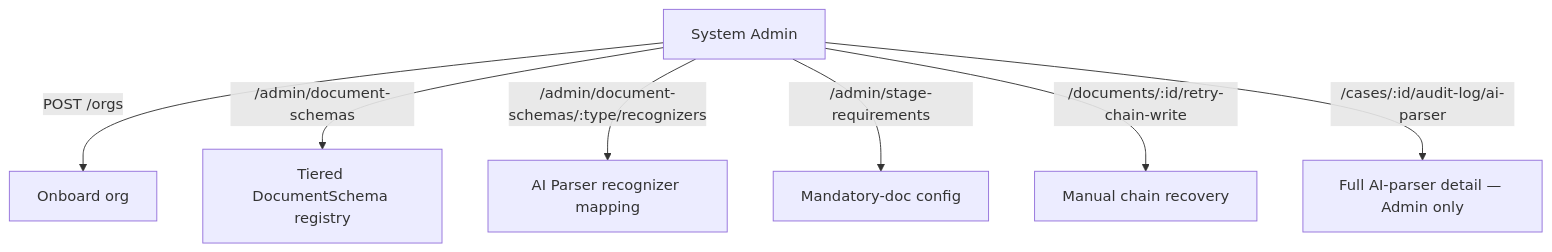
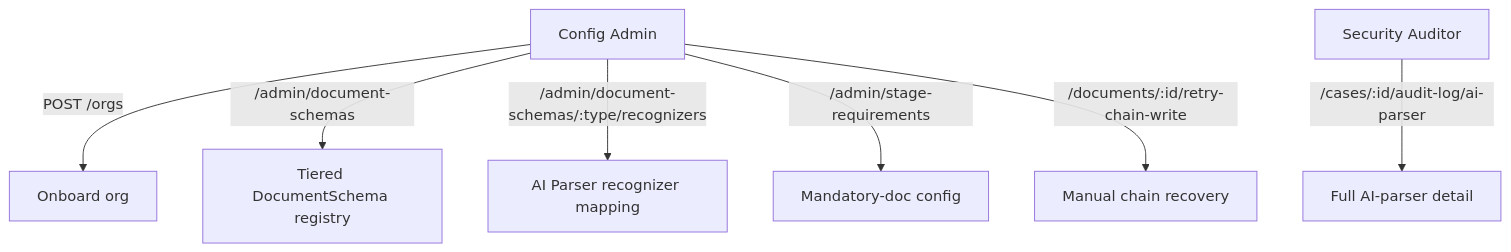
One commit to VinayakV06V/LegaDoc changed diagram 17 of 17 in SYSTEM_DESIGN.md. Above: the diagram before and after it, drawn with Mermaid. The commit also changed other lines of this file and 14 other files, not shown here.

````diff
--- a/SYSTEM_DESIGN.md
+++ b/SYSTEM_DESIGN.md
@@ -607,9 +614,9 @@
 ```mermaid
 flowchart TD
-    Admin[System Admin] -->|POST /orgs| ORG[Onboard org]
-    Admin -->|/admin/document-schemas| SCHEMA[Tiered DocumentSchema registry]
-    Admin -->|/admin/document-schemas/:type/recognizers| REC[AI Parser recognizer mapping]
-    Admin -->|/admin/stage-requirements| STAGE[Mandatory-doc config]
-    Admin -->|/documents/:id/retry-chain-write| RETRY[Manual chain recovery]
-    Admin -->|/cases/:id/audit-log/ai-parser| AUDIT[Full AI-parser detail — Admin only]
+    CA[Config Admin] -->|POST /orgs| ORG[Onboard org]
+    CA -->|/admin/document-schemas| SCHEMA[Tiered DocumentSchema registry]
+    CA -->|/admin/document-schemas/:type/recognizers| REC[AI Parser recognizer mapping]
+    CA -->|/admin/stage-requirements| STAGE[Mandatory-doc config]
+    CA -->|/documents/:id/retry-chain-write| RETRY[Manual chain recovery]
+    SA[Security Auditor] -->|/cases/:id/audit-log/ai-parser| AUDIT[Full AI-parser detail]
 ```
````
